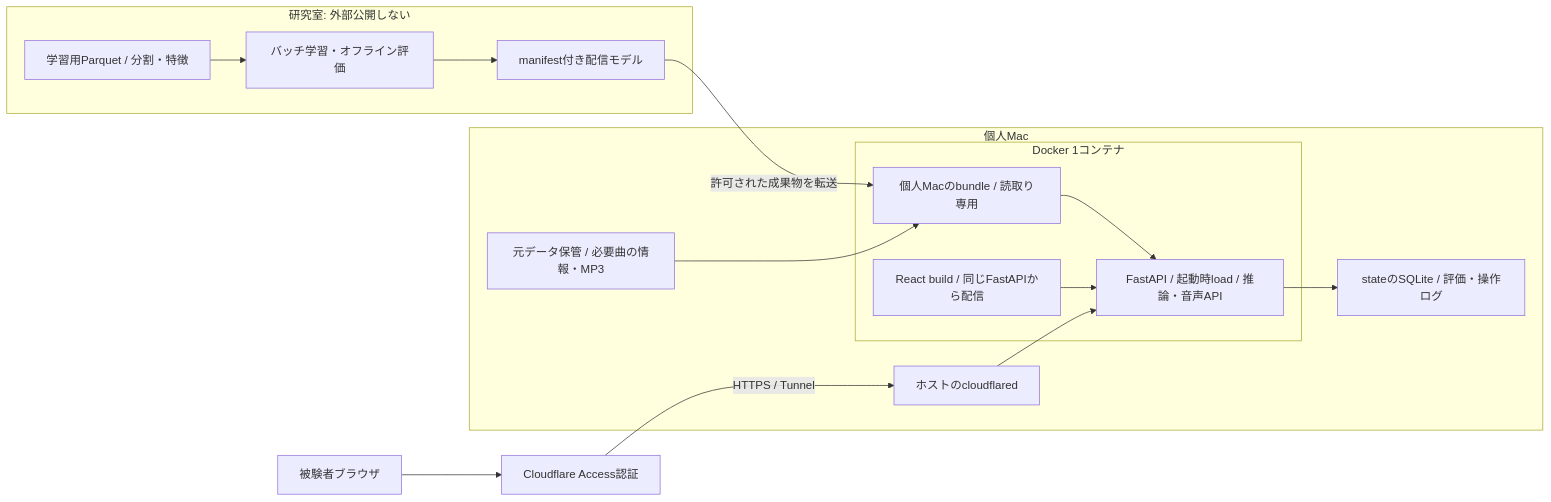
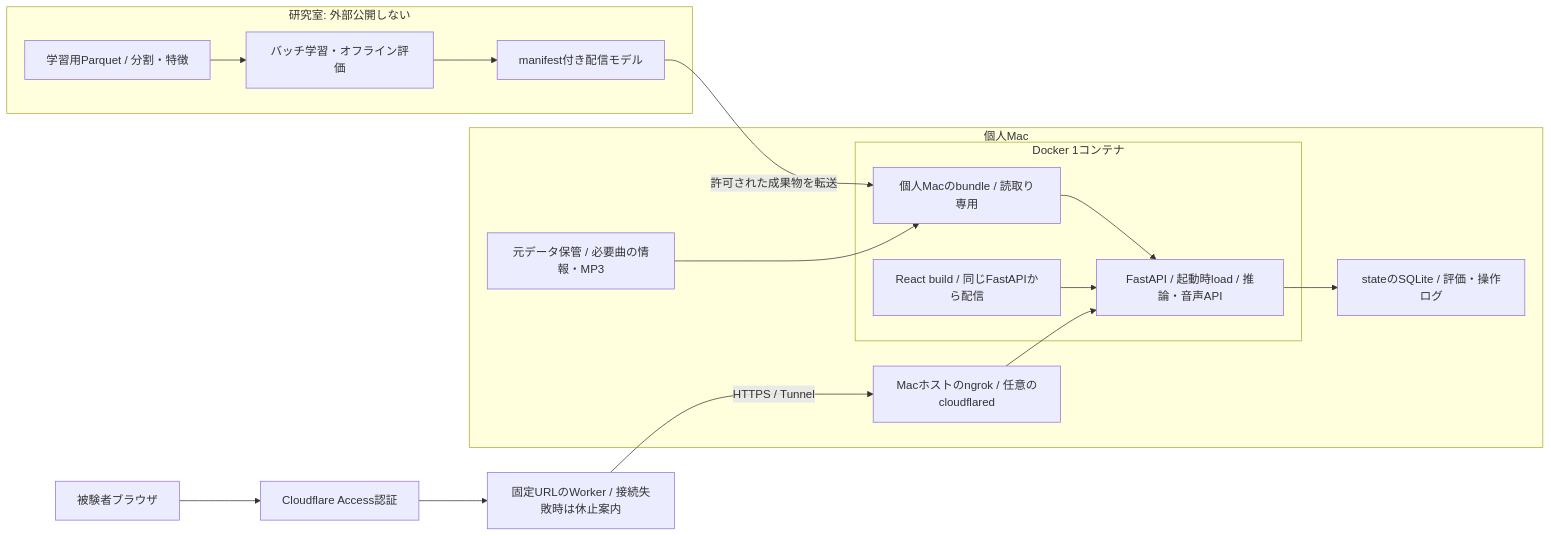
One commit to 97kuek/music-recsys changed the diagram in docs/app-architecture.md. Above: the diagram before and after it, drawn with Mermaid. The commit also changed other lines of this file and 72 other files, not shown here.

````diff
--- a/docs/app-architecture.md
+++ b/docs/app-architecture.md
@@ -5,19 +5,20 @@
 ```mermaid
 flowchart LR
     subgraph Lab[研究室: 外部公開しない]
       D[学習用Parquet / 分割・特徴] --> B[バッチ学習・オフライン評価]
       B --> M[manifest付き配信モデル]
     end
     M -->|許可された成果物を転送| F[個人Macのbundle / 読取り専用]
     subgraph Mac[個人Mac]
       A[元データ保管 / 必要曲の情報・MP3] --> F
       subgraph Container[Docker 1コンテナ]
         F --> L[FastAPI / 起動時load / 推論・音声API]
         U[React build / 同じFastAPIから配信] --> L
       end
       L --> S[stateのSQLite / 評価・操作ログ]
-      T[ホストのcloudflared] --> L
+      T[Macホストのngrok / 任意のcloudflared] --> L
     end
     P[被験者ブラウザ] --> C[Cloudflare Access認証]
-    C -->|HTTPS / Tunnel| T
+    C --> W[固定URLのWorker / 接続失敗時は休止案内]
+    W -->|HTTPS / Tunnel| T
 ```
````
